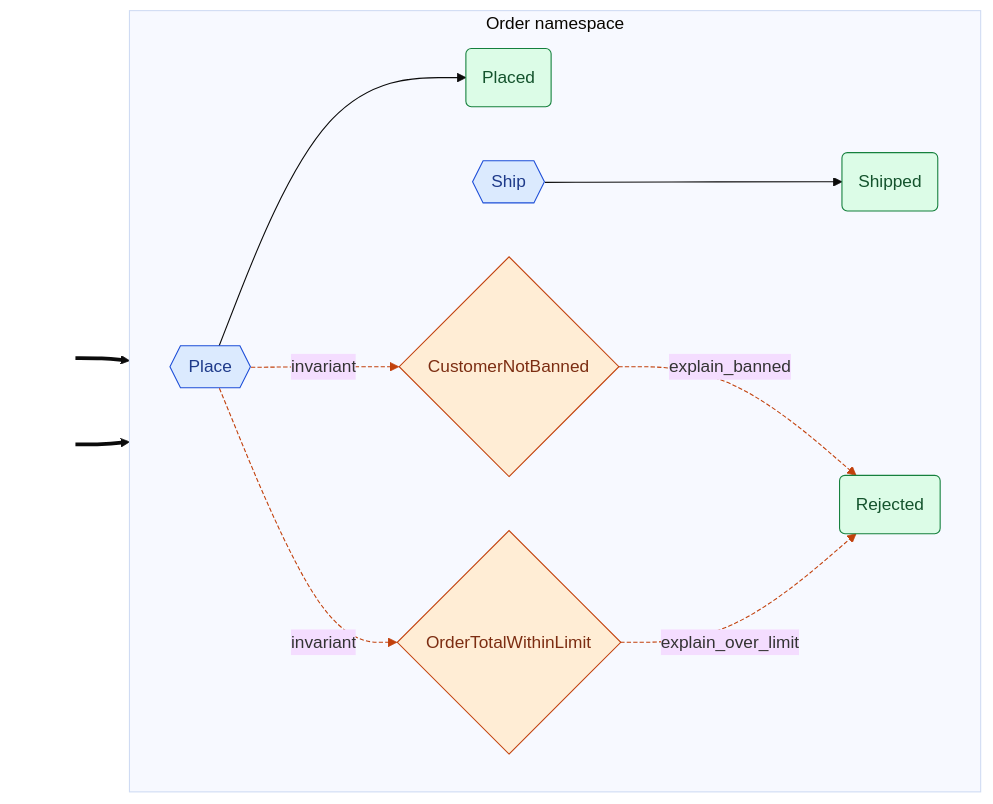
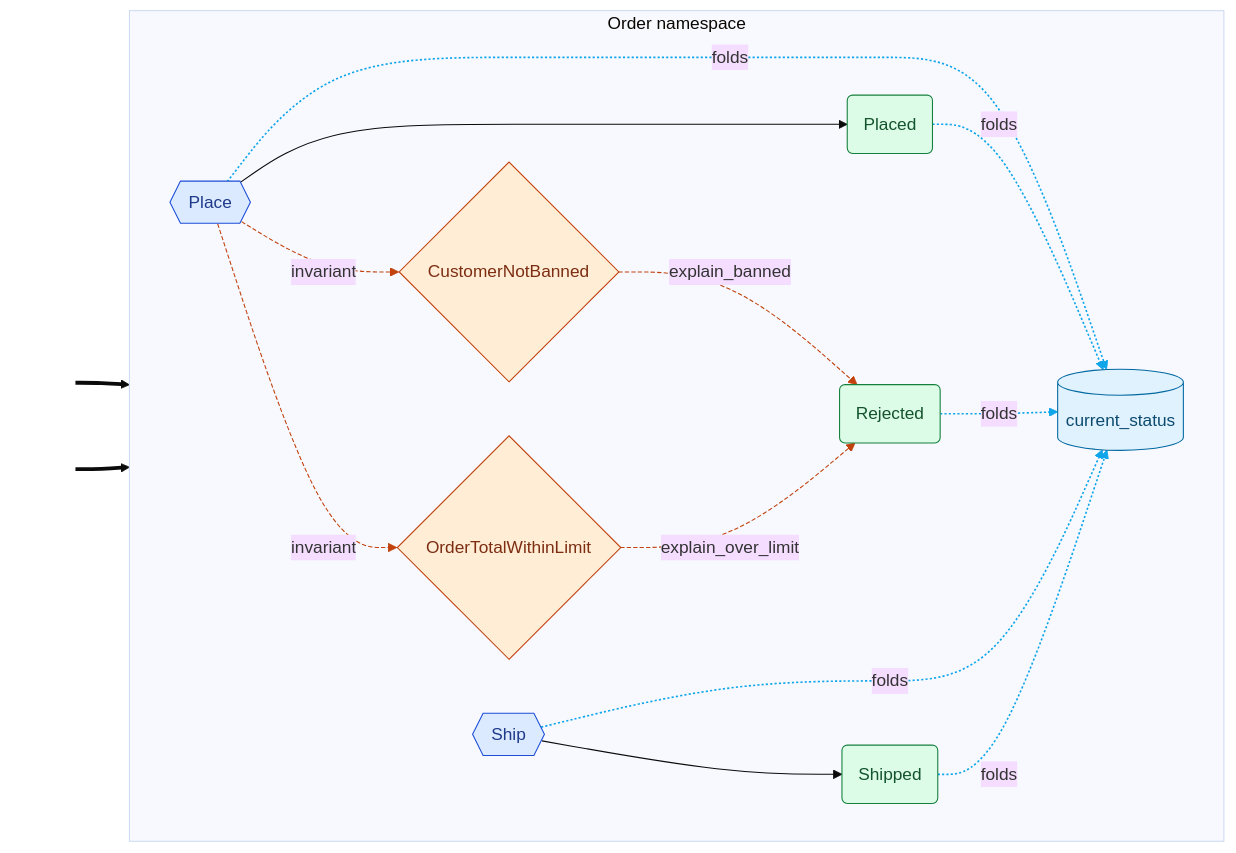
Before and after one commit to cadance-io/langgraph-events: the diagram in docs/index.md, drawn with Mermaid (base theme). The commit also changed 20 other files, not shown here.

First line of the commit message:
feat: focused diagrams, reducers in the namespace model, and node notes (#199)

````diff
--- a/docs/index.md
+++ b/docs/index.md
@@ -33,29 +33,37 @@
 ```mermaid
 graph LR
     classDef entry fill:none,stroke:none,color:none
     classDef cmd fill:#dbeafe,stroke:#1d4ed8,color:#1e3a8a
     classDef devt fill:#dcfce7,stroke:#15803d,color:#14532d
     classDef intg fill:#ede9fe,stroke:#6d28d9,color:#4c1d95
     classDef syst fill:#fef3c7,stroke:#b45309,color:#78350f
     classDef halt fill:#fef3c7,stroke:#b45309,color:#78350f,stroke-width:3px,stroke-dasharray:4 2
     classDef inv fill:#ffedd5,stroke:#c2410c,color:#7c2d12
+    classDef reducer fill:#e0f2fe,stroke:#0369a1,color:#0c4a6e
     subgraph Order["Order namespace"]
         direction LR
         Place{{Place}}:::cmd
         Placed(Placed):::devt
         Rejected(Rejected):::devt
         Ship{{Ship}}:::cmd
         Shipped(Shipped):::devt
         CustomerNotBanned{CustomerNotBanned}:::inv
         OrderTotalWithinLimit{OrderTotalWithinLimit}:::inv
+        _reducer_current_status[(current_status)]:::reducer
     end
     _e0_[ ]:::entry ==> Place
     _e1_[ ]:::entry ==> Ship
     Place --> Placed
     Ship --> Shipped
+    Place -.->|folds| _reducer_current_status
+    Placed -.->|folds| _reducer_current_status
+    Rejected -.->|folds| _reducer_current_status
+    Ship -.->|folds| _reducer_current_status
+    Shipped -.->|folds| _reducer_current_status
     CustomerNotBanned -.->|explain_banned| Rejected
     OrderTotalWithinLimit -.->|explain_over_limit| Rejected
     Place -.->|invariant| CustomerNotBanned
     Place -.->|invariant| OrderTotalWithinLimit
-    linkStyle 4,5,6,7 stroke:#c2410c,stroke-dasharray:4 2
+    linkStyle 9,10,11,12 stroke:#c2410c,stroke-dasharray:4 2
+    linkStyle 4,5,6,7,8 stroke:#0ea5e9,stroke-width:1.5px,stroke-dasharray:2 2
 ```
````
